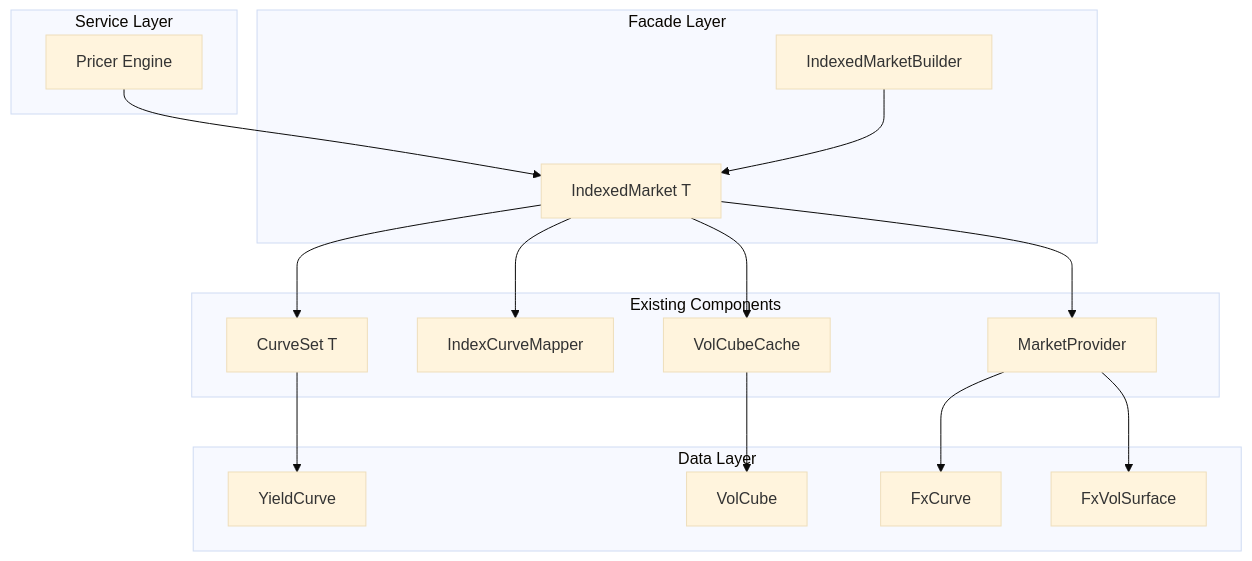
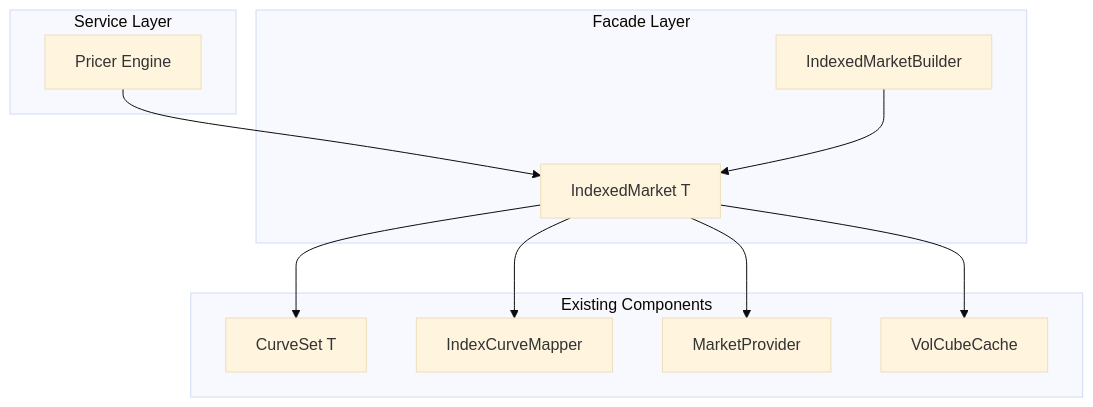
Before and after one commit to neutryx-lab/neutryx-rust: the diagram in .kiro/specs/market-index-keyed-access/design.md, drawn with Mermaid (base theme). The commit also changed other lines of this file and 37 other files, not shown here.

````diff
--- a/.kiro/specs/market-index-keyed-access/design.md
+++ b/.kiro/specs/market-index-keyed-access/design.md
@@ -48,36 +42,25 @@
 ```mermaid
 graph TB
     subgraph Service Layer
         Pricer[Pricer Engine]
     end
 
     subgraph Facade Layer
         IM[IndexedMarket T]
         IMB[IndexedMarketBuilder]
     end
 
     subgraph Existing Components
         CS[CurveSet T]
         ICM[IndexCurveMapper]
         MP[MarketProvider]
         VC[VolCubeCache]
     end
 
-    subgraph Data Layer
-        Curves[YieldCurve]
-        VolCube[VolCube]
-        FxCurve[FxCurve]
-        FxVol[FxVolSurface]
-    end
-
     Pricer --> IM
     IM --> CS
     IM --> ICM
     IM --> MP
     IM --> VC
-    CS --> Curves
-    VC --> VolCube
-    MP --> FxCurve
-    MP --> FxVol
     IMB --> IM
 ```
````
